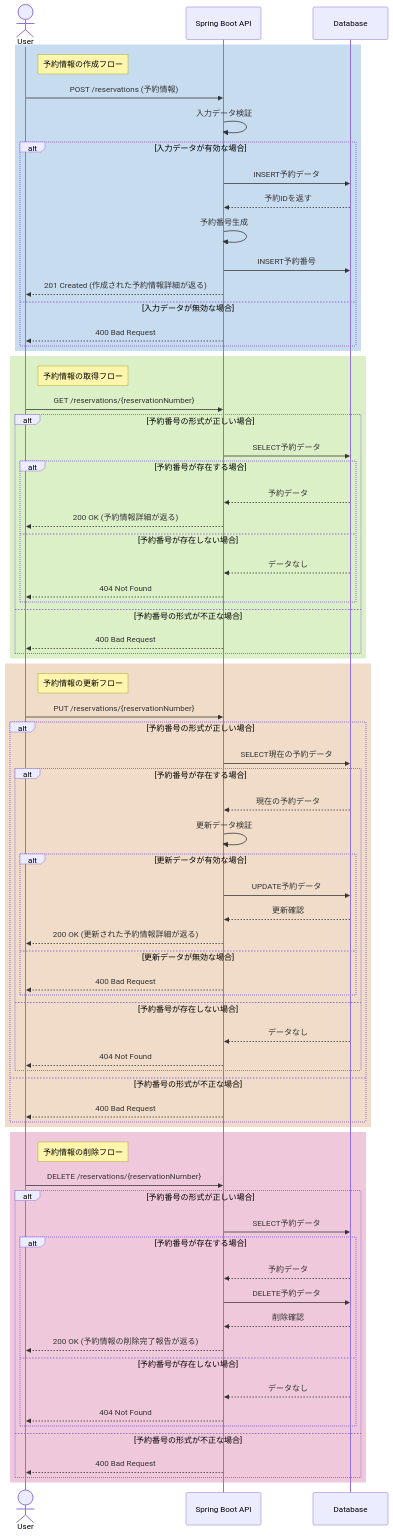
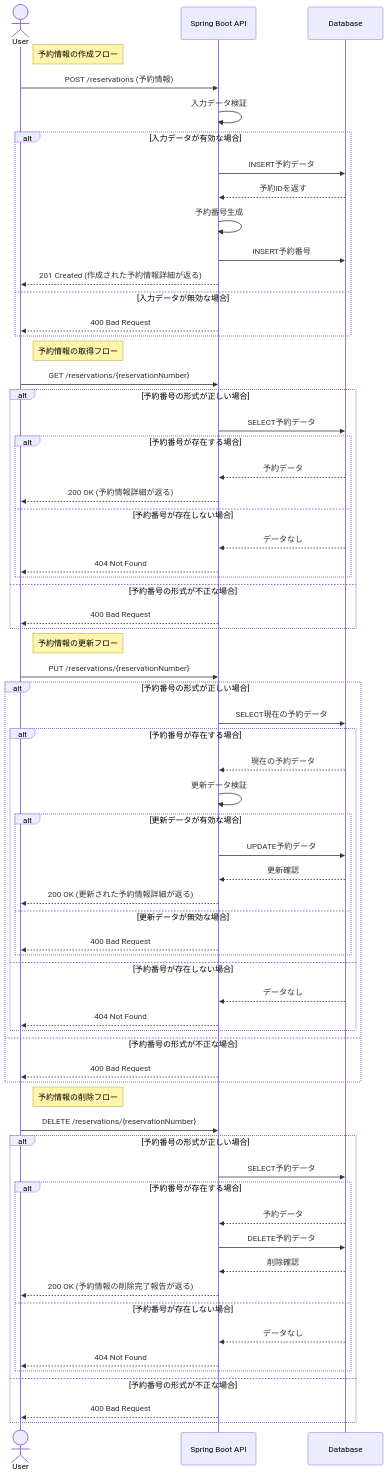
One commit to Ema-Sakai/Assignment-10 changed the second of 2 diagrams in README.md. Above: the diagram before and after it, drawn with Mermaid.

Commit message:
change:シーケンス図の色味を変更。

````diff
--- a/README.md
+++ b/README.md
@@ -86,81 +86,73 @@
 ```mermaid
 sequenceDiagram
     actor User
     participant API as Spring Boot API
     participant DB as Database
-
-    rect rgb(200, 220, 240)
-        Note right of User: 予約情報の作成フロー
-        User ->> API: POST /reservations (予約情報)
-        API ->> API: 入力データ検証
-        alt 入力データが有効な場合
-            API ->> DB: INSERT予約データ
-            DB -->> API: 予約IDを返す
-            API ->> API: 予約番号生成
-            API ->> DB: INSERT予約番号
-            API -->> User: 201 Created (作成された予約情報詳細が返る)
-        else 入力データが無効な場合
-            API -->> User: 400 Bad Request
-        end
+    Note right of User: 予約情報の作成フロー
+    User ->> API: POST /reservations (予約情報)
+    API ->> API: 入力データ検証
+    alt 入力データが有効な場合
+        API ->> DB: INSERT予約データ
+        DB -->> API: 予約IDを返す
+        API ->> API: 予約番号生成
+        API ->> DB: INSERT予約番号
+        API -->> User: 201 Created (作成された予約情報詳細が返る)
+    else 入力データが無効な場合
+        API -->> User: 400 Bad Request
     end
 
-    rect rgb(220, 240, 200)
-        Note right of User: 予約情報の取得フロー
-        User ->> API: GET /reservations/{reservationNumber}
-        alt 予約番号の形式が正しい場合
-            API ->> DB: SELECT予約データ
-            alt 予約番号が存在する場合
-                DB -->> API: 予約データ
-                API -->> User: 200 OK (予約情報詳細が返る)
-            else 予約番号が存在しない場合
-                DB -->> API: データなし
-                API -->> User: 404 Not Found
-            end
-        else 予約番号の形式が不正な場合
-            API -->> User: 400 Bad Request
+    Note right of User: 予約情報の取得フロー
+    User ->> API: GET /reservations/{reservationNumber}
+    alt 予約番号の形式が正しい場合
+        API ->> DB: SELECT予約データ
+        alt 予約番号が存在する場合
+            DB -->> API: 予約データ
+            API -->> User: 200 OK (予約情報詳細が返る)
+        else 予約番号が存在しない場合
+            DB -->> API: データなし
+            API -->> User: 404 Not Found
         end
+    else 予約番号の形式が不正な場合
+        API -->> User: 400 Bad Request
     end
 
-    rect rgb(240, 220, 200)
-        Note right of User: 予約情報の更新フロー
-        User ->> API: PUT /reservations/{reservationNumber}
-        alt 予約番号の形式が正しい場合
-            API ->> DB: SELECT現在の予約データ
-            alt 予約番号が存在する場合
-                DB -->> API: 現在の予約データ
-                API ->> API: 更新データ検証
-                alt 更新データが有効な場合
-                    API ->> DB: UPDATE予約データ
-                    DB -->> API: 更新確認
-                    API -->> User: 200 OK (更新された予約情報詳細が返る)
-                else 更新データが無効な場合
-                    API -->> User: 400 Bad Request
-                end
-            else 予約番号が存在しない場合
-                DB -->> API: データなし
-                API -->> User: 404 Not Found
+    Note right of User: 予約情報の更新フロー
+    User ->> API: PUT /reservations/{reservationNumber}
+    alt 予約番号の形式が正しい場合
+        API ->> DB: SELECT現在の予約データ
+        alt 予約番号が存在する場合
+            DB -->> API: 現在の予約データ
+            API ->> API: 更新データ検証
+            alt 更新データが有効な場合
+                API ->> DB: UPDATE予約データ
+                DB -->> API: 更新確認
+                API -->> User: 200 OK (更新された予約情報詳細が返る)
+            else 更新データが無効な場合
+                API -->> User: 400 Bad Request
             end
-        else 予約番号の形式が不正な場合
-            API -->> User: 400 Bad Request
+        else 予約番号が存在しない場合
+            DB -->> API: データなし
+            API -->> User: 404 Not Found
         end
+    else 予約番号の形式が不正な場合
+        API -->> User: 400 Bad Request
     end
 
-    rect rgb(240, 200, 220)
-        Note right of User: 予約情報の削除フロー
-        User ->> API: DELETE /reservations/{reservationNumber}
-        alt 予約番号の形式が正しい場合
-            API ->> DB: SELECT予約データ
-            alt 予約番号が存在する場合
-                DB -->> API: 予約データ
-                API ->> DB: DELETE予約データ
-                DB -->> API: 削除確認
-                API -->> User: 200 OK (予約情報の削除完了報告が返る)
-            else 予約番号が存在しない場合
-                DB -->> API: データなし
-                API -->> User: 404 Not Found
-            end
-        else 予約番号の形式が不正な場合
-            API -->> User: 400 Bad Request
+    Note right of User: 予約情報の削除フロー
+    User ->> API: DELETE /reservations/{reservationNumber}
+    alt 予約番号の形式が正しい場合
+        API ->> DB: SELECT予約データ
+        alt 予約番号が存在する場合
+            DB -->> API: 予約データ
+            API ->> DB: DELETE予約データ
+            DB -->> API: 削除確認
+            API -->> User: 200 OK (予約情報の削除完了報告が返る)
+        else 予約番号が存在しない場合
+            DB -->> API: データなし
+            API -->> User: 404 Not Found
         end
+    else 予約番号の形式が不正な場合
+        API -->> User: 400 Bad Request
     end
+
 ```
````
